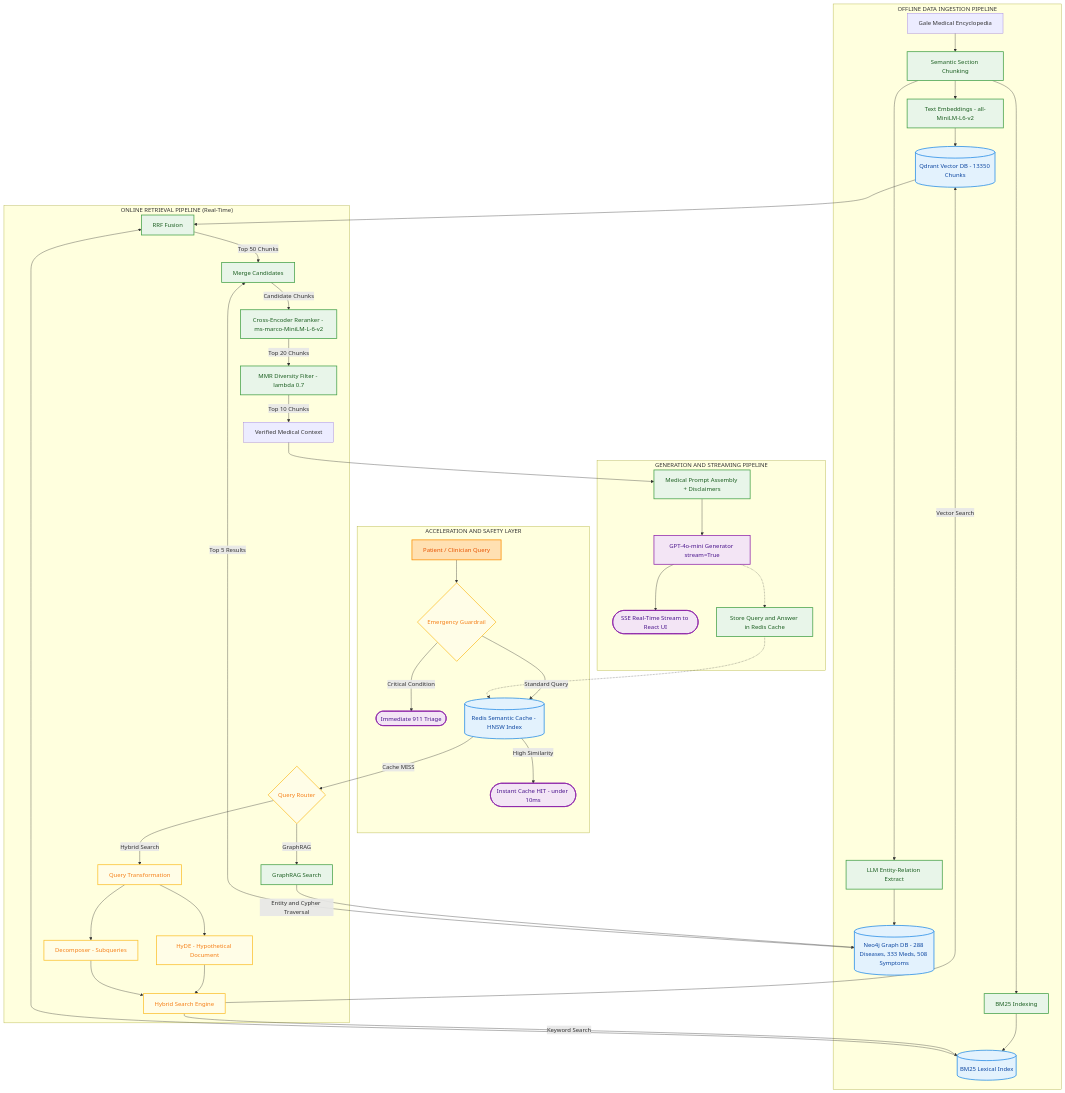
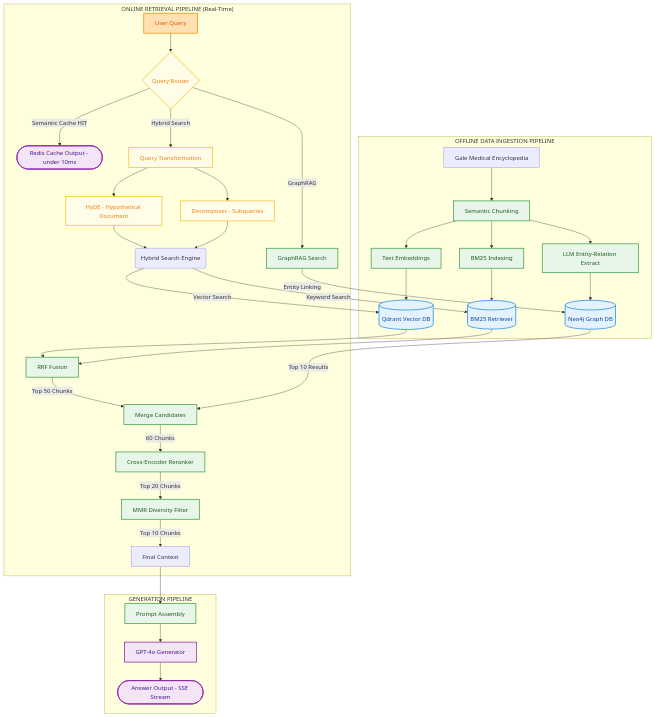
Before and after one commit to BaoNguyenz/End-to-end-Medical-Ai-Chatbox: the diagram in README.md, drawn with Mermaid. The commit also changed other lines of this file, not shown here.

Commit message:
docs: adapt exact working Mermaid architecture template from main branch

````diff
--- a/README.md
+++ b/README.md
@@ -50,73 +50,62 @@
 ```mermaid
 flowchart TD
     %% Theme Styling
-    classDef storage fill:#e3f2fd,stroke:#1e88e5,stroke-width:2px,color:#0d47a1
-    classDef action fill:#e8f5e9,stroke:#43a047,stroke-width:2px,color:#1b5e20
-    classDef routing fill:#fffde7,stroke:#fbc02d,stroke-width:2px,color:#f57f17
-    classDef input fill:#ffe0b2,stroke:#fb8c00,stroke-width:2px,color:#e65100
-    classDef output fill:#f3e5f5,stroke:#8e24aa,stroke-width:2px,color:#4a148c
+    classDef storage fill:#e3f2fd,stroke:#1e88e5,stroke-width:2px,color:#0d47a1;
+    classDef action fill:#e8f5e9,stroke:#43a047,stroke-width:2px,color:#1b5e20;
+    classDef routing fill:#fffde7,stroke:#fbc02d,stroke-width:2px,color:#f57f17;
+    classDef input fill:#ffe0b2,stroke:#fb8c00,stroke-width:2px,color:#e65100;
+    classDef output fill:#f3e5f5,stroke:#8e24aa,stroke-width:2px,color:#4a148c;
 
     subgraph INGESTION ["OFFLINE DATA INGESTION PIPELINE"]
-        Docs["Gale Medical Encyclopedia"] --> Chunk["Semantic Section Chunking"]
+        Docs[Gale Medical Encyclopedia] --> Chunk[Semantic Chunking]
         
-        %% Vector and BM25
-        Chunk --> Embed["Text Embeddings - all-MiniLM-L6-v2"]
-        Embed --> VecDB[("Qdrant Vector DB - 13350 Chunks")]
-        Chunk --> BuildBM25["BM25 Indexing"]
-        BuildBM25 --> BM25DB[("BM25 Lexical Index")]
+        %% Vector & BM25
+        Chunk --> Embed[Text Embeddings] --> VecDB[(Qdrant Vector DB)]
+        Chunk --> BuildBM25[BM25 Indexing] --> BM25DB[(BM25 Retriever)]
         
         %% GraphRAG
-        Chunk --> GraphExtract["LLM Entity-Relation Extract"]
-        GraphExtract --> GraphDB[("Neo4j Graph DB - 288 Diseases, 333 Meds, 508 Symptoms")]
-    end
-
-    subgraph CACHING ["ACCELERATION AND SAFETY LAYER"]
-        Q["Patient / Clinician Query"] --> Safety{"Emergency Guardrail"}
-        Safety --> |Critical Condition| EmergAns(["Immediate 911 Triage"])
-        Safety --> |Standard Query| RedisCache[("Redis Semantic Cache - HNSW Index")]
-        RedisCache --> |High Similarity| CacheHit(["Instant Cache HIT - under 10ms"])
+        Chunk --> GraphExtract[LLM Entity-Relation Extract] --> GraphDB[(Neo4j Graph DB)]
     end
 
     subgraph RETRIEVAL ["ONLINE RETRIEVAL PIPELINE (Real-Time)"]
-        RedisCache --> |Cache MISS| Router{"Query Router"}
+        Q[User Query] --> Router{Query Router}
+        
+        %% Redis Cache HIT branch
+        Router -- "Semantic Cache HIT" --> CacheHit([Redis Cache Output - under 10ms])
         
         %% Vector / Hybrid
-        Router --> |Hybrid Search| QTrans["Query Transformation"]
-        QTrans --> HyDE["HyDE - Hypothetical Document"]
-        QTrans --> Decompose["Decomposer - Subqueries"]
+        Router -- "Hybrid Search" --> QTrans[Query Transformation]
+        QTrans --> HyDE[HyDE - Hypothetical Document]
+        QTrans --> Decompose[Decomposer - Subqueries]
         
-        HyDE --> SearchEngine["Hybrid Search Engine"]
-        Decompose --> SearchEngine
+        HyDE & Decompose --> SearchEngine(Hybrid Search Engine)
         SearchEngine --> |Vector Search| VecDB
         SearchEngine --> |Keyword Search| BM25DB
         
-        %% Merging and Reranking
-        VecDB --> RRF["RRF Fusion"]
-        BM25DB --> RRF
-        RRF --> |Top 50 Chunks| Merge["Merge Candidates"]
+        %% Merging & Reranking
+        VecDB & BM25DB --> RRF[RRF Fusion]
+        RRF --> |Top 50 Chunks| Merge[Merge Candidates]
 
         %% GraphRAG
-        Router --> |GraphRAG| GraphSearch["GraphRAG Search"]
-        GraphSearch --> |Entity and Cypher Traversal| GraphDB
-        GraphDB --> |Top 5 Results| Merge
+        Router -- "GraphRAG" --> GraphSearch[GraphRAG Search]
+        GraphSearch --> |Entity Linking| GraphDB
+        GraphDB --> |Top 10 Results| Merge
 
         %% Post-Retrieval Pipeline
-        Merge --> |Candidate Chunks| Rerank["Cross-Encoder Reranker - ms-marco-MiniLM-L-6-v2"]
-        Rerank --> |Top 20 Chunks| MMR["MMR Diversity Filter - lambda 0.7"]
-        MMR --> |Top 10 Chunks| Context["Verified Medical Context"]
+        Merge --> |60 Chunks| Rerank[Cross-Encoder Reranker]
+        Rerank --> |Top 20 Chunks| MMR[MMR Diversity Filter]
+        MMR --> |Top 10 Chunks| Context[Final Context]
     end
 
-    subgraph GENERATION ["GENERATION AND STREAMING PIPELINE"]
-        Context --> Assemble["Medical Prompt Assembly + Disclaimers"]
-        Assemble --> LLM["GPT-4o-mini Generator stream=True"]
-        LLM --> StreamToken(["SSE Real-Time Stream to React UI"])
-        LLM -.-> StoreCache["Store Query and Answer in Redis Cache"]
-        StoreCache -.-> RedisCache
+    subgraph GENERATION ["GENERATION PIPELINE"]
+        Context --> Assemble[Prompt Assembly]
+        Assemble --> LLM[GPT-4o Generator]
+        LLM --> Ans([Answer Output - SSE Stream])
     end
 
-    class VecDB,BM25DB,GraphDB,RedisCache storage
-    class Chunk,Embed,BuildBM25,GraphExtract,RRF,Rerank,MMR,GraphSearch,Assemble,Merge,StoreCache action
-    class Router,QTrans,HyDE,Decompose,Safety,SearchEngine routing
-    class Q input
-    class LLM,EmergAns,CacheHit,StreamToken output
+    class VecDB,BM25DB,GraphDB storage;
+    class Chunk,Embed,BuildBM25,GraphExtract,RRF,Rerank,MMR,GraphSearch,Assemble,Merge action;
+    class Router,QTrans,HyDE,Decompose routing;
+    class Q input;
+    class LLM,Ans,CacheHit output;
 ```
````
